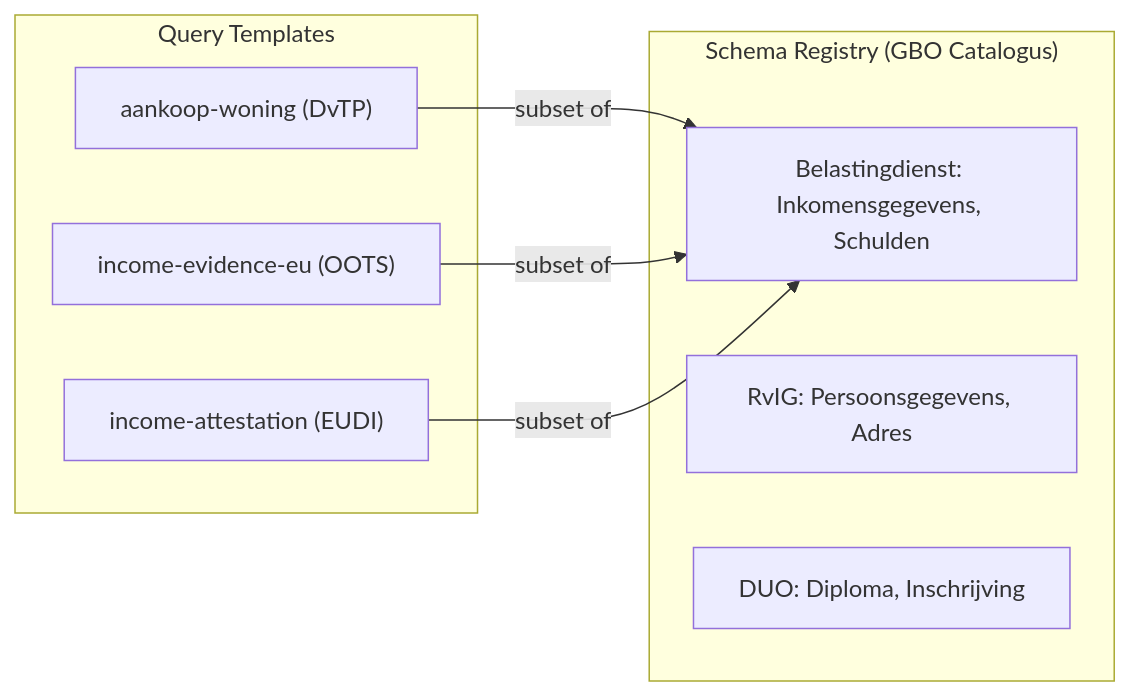
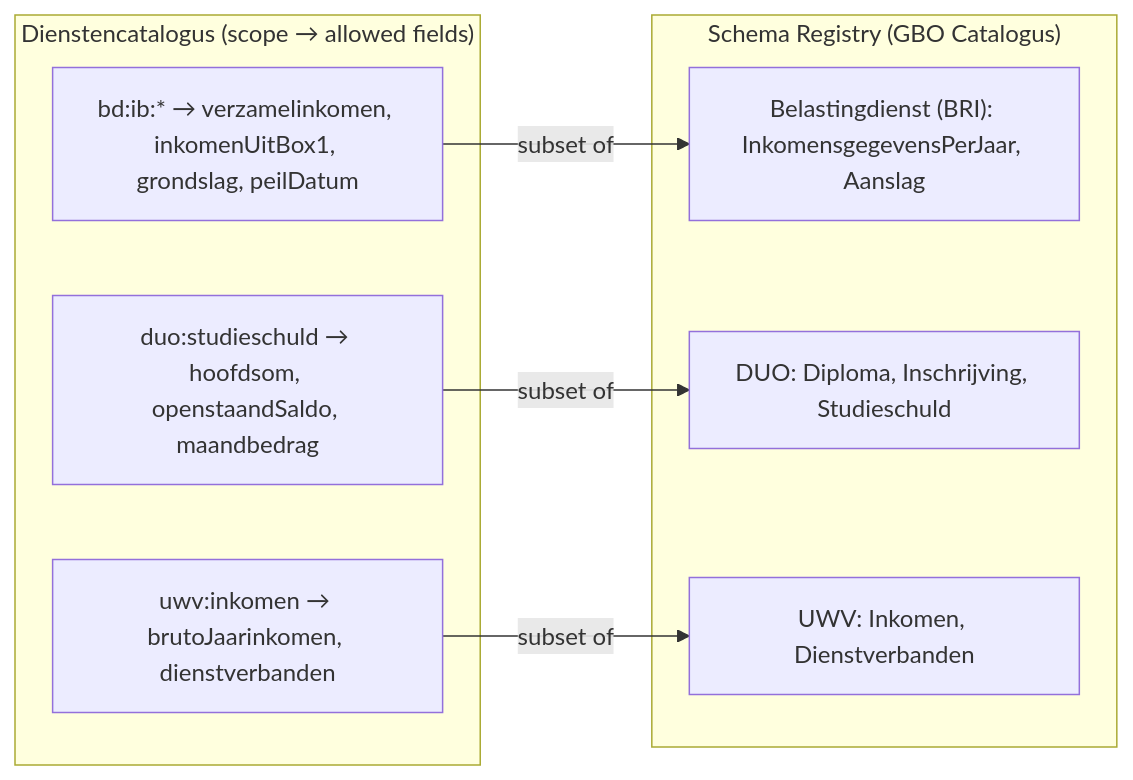
One commit to ICTU/GBO changed the fourth of 14 diagrams in docs/ref-arch/gbo-reference-architecture.md. Above: the diagram before and after it, drawn with Mermaid. The commit also changed other lines of this file, not shown here.

Commit message:
docs(ref-arch): Add new scopes model, system integrator certs,  updated Belastingdienst API example

````diff
--- a/docs/ref-arch/gbo-reference-architecture.md
+++ b/docs/ref-arch/gbo-reference-architecture.md
@@ -311,18 +349,18 @@
 ```mermaid
 graph LR
     subgraph "Schema Registry (GBO Catalogus)"
-        SCHEMA_BD[Belastingdienst: Inkomensgegevens, Schulden]
-        SCHEMA_RV[RvIG: Persoonsgegevens, Adres]
-        SCHEMA_DUO[DUO: Diploma, Inschrijving]
+        SCHEMA_BD["Belastingdienst (BRI): InkomensgegevensPerJaar, Aanslag"]
+        SCHEMA_DUO["DUO: Diploma, Inschrijving, Studieschuld"]
+        SCHEMA_UWV["UWV: Inkomen, Dienstverbanden"]
     end
 
-    subgraph "Query Templates"
-        T1["aankoop-woning (DvTP)"]
-        T2["income-evidence-eu (OOTS)"]
-        T3["income-attestation (EUDI)"]
+    subgraph "Dienstencatalogus (scope → allowed fields)"
+        S1["bd:ib:* → verzamelinkomen, inkomenUitBox1, grondslag, peilDatum"]
+        S2["duo:studieschuld → hoofdsom, openstaandSaldo, maandbedrag"]
+        S3["uwv:inkomen → brutoJaarinkomen, dienstverbanden"]
     end
 
-    T1 -->|"subset of"| SCHEMA_BD
-    T2 -->|"subset of"| SCHEMA_BD
-    T3 -->|"subset of"| SCHEMA_BD
+    S1 -->|"subset of"| SCHEMA_BD
+    S2 -->|"subset of"| SCHEMA_DUO
+    S3 -->|"subset of"| SCHEMA_UWV
 ```
````
